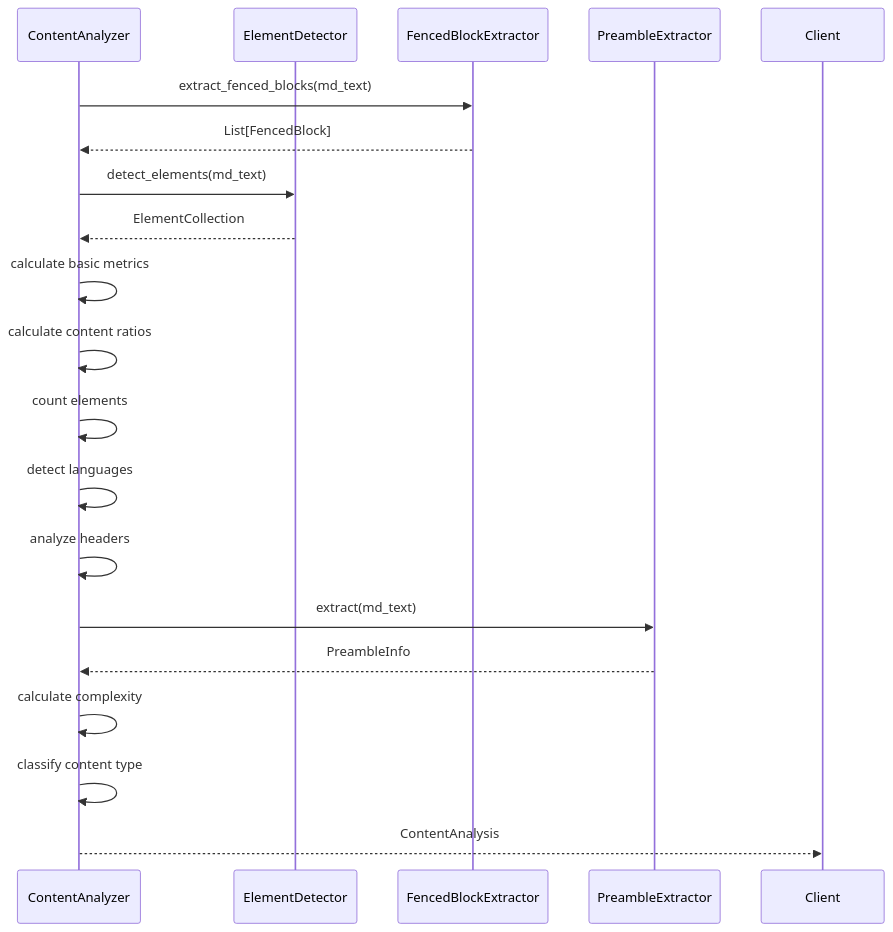
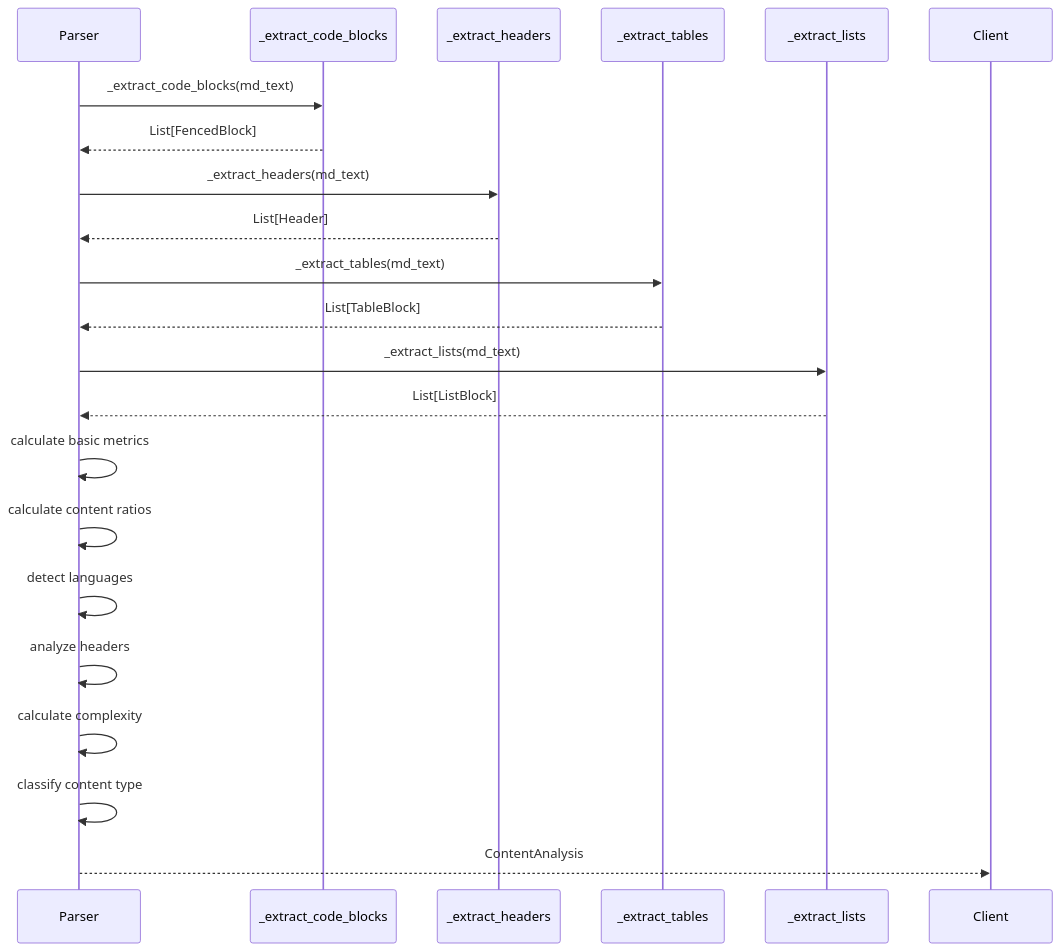
The third of 7 diagrams in .qoder/repowiki/en/content/Core Concepts/Parsing and Content Analysis.md (asukhodko/dify-markdown-chunker), drawn with Mermaid before and after one commit. The commit also changed other lines of this file and 15 other files, not shown here.

First line of the commit message:
docs(parser): enhance nested code block parsing and update documentation

````diff
--- a/.qoder/repowiki/en/content/Core Concepts/Parsing and Content Analysis.md
+++ b/.qoder/repowiki/en/content/Core Concepts/Parsing and Content Analysis.md
@@ -88,21 +97,23 @@
 ```mermaid
 sequenceDiagram
-participant Analyzer as ContentAnalyzer
-participant Elements as ElementDetector
-participant Blocks as FencedBlockExtractor
-participant Preamble as PreambleExtractor
-Analyzer->>Blocks : extract_fenced_blocks(md_text)
-Blocks-->>Analyzer : List[FencedBlock]
-Analyzer->>Elements : detect_elements(md_text)
-Elements-->>Analyzer : ElementCollection
-Analyzer->>Analyzer : calculate basic metrics
-Analyzer->>Analyzer : calculate content ratios
-Analyzer->>Analyzer : count elements
-Analyzer->>Analyzer : detect languages
-Analyzer->>Analyzer : analyze headers
-Analyzer->>Preamble : extract(md_text)
-Preamble-->>Analyzer : PreambleInfo
-Analyzer->>Analyzer : calculate complexity
-Analyzer->>Analyzer : classify content type
-Analyzer-->>Client : ContentAnalysis
+participant Parser as Parser
+participant CodeExtractor as _extract_code_blocks
+participant HeaderExtractor as _extract_headers
+participant TableExtractor as _extract_tables
+participant ListExtractor as _extract_lists
+Parser->>CodeExtractor : _extract_code_blocks(md_text)
+CodeExtractor-->>Parser : List[FencedBlock]
+Parser->>HeaderExtractor : _extract_headers(md_text)
+HeaderExtractor-->>Parser : List[Header]
+Parser->>TableExtractor : _extract_tables(md_text)
+TableExtractor-->>Parser : List[TableBlock]
+Parser->>ListExtractor : _extract_lists(md_text)
+ListExtractor-->>Parser : List[ListBlock]
+Parser->>Parser : calculate basic metrics
+Parser->>Parser : calculate content ratios
+Parser->>Parser : detect languages
+Parser->>Parser : analyze headers
+Parser->>Parser : calculate complexity
+Parser->>Parser : classify content type
+Parser-->>Client : ContentAnalysis
 ```
````
